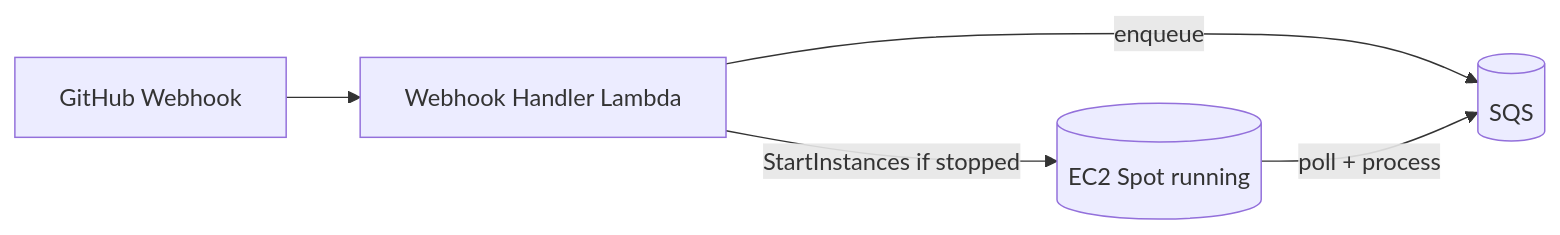
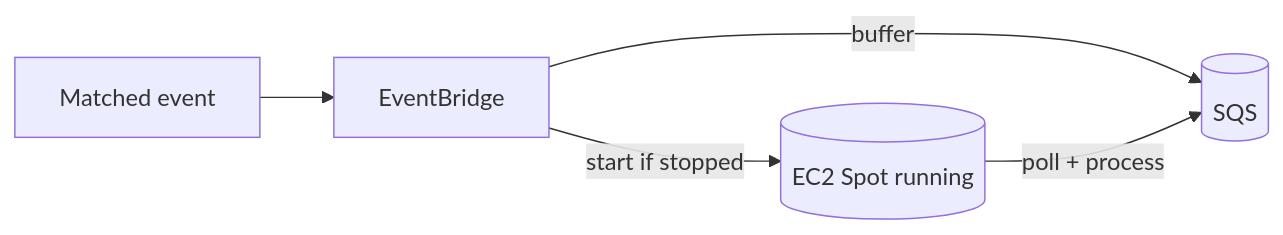
The first of 2 diagrams in docs/cost-optimization.md (teddynted/ai-github-repository-blog-generator), drawn with Mermaid before and after one commit. The commit also changed other lines of this file and 12 other files, not shown here.

````diff
--- a/docs/cost-optimization.md
+++ b/docs/cost-optimization.md
@@ -13,7 +38,7 @@
 ```mermaid
 flowchart LR
-    WH[GitHub Webhook] --> LH[Webhook Handler Lambda]
-    LH -->|StartInstances if stopped| EC2[(EC2 Spot running)]
-    LH -->|enqueue| SQS[(SQS)]
+    WH[Matched event] --> EB[EventBridge]
+    EB -->|start if stopped| EC2[(EC2 Spot running)]
+    EB -->|buffer| SQS[(SQS)]
     EC2 -->|poll + process| SQS
 ```
````
